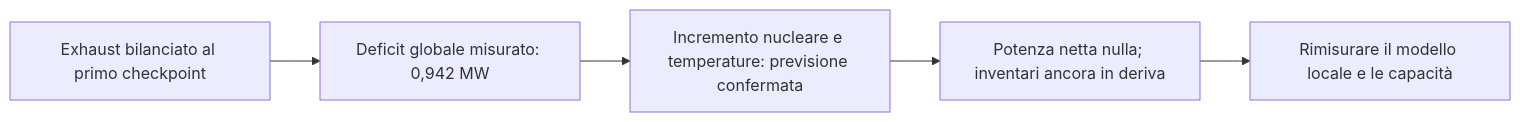
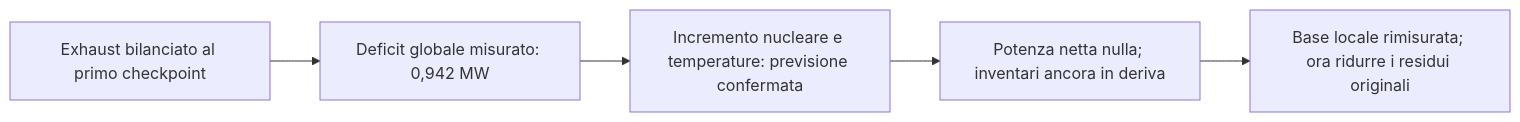
Before and after one commit to archistico/NuclearReactorSimulator: the fourth of 4 diagrams in docs/PROJECT.md, drawn with Mermaid. The commit also changed other lines of this file and 75 other files, not shown here.

````diff
--- a/docs/PROJECT.md
+++ b/docs/PROJECT.md
@@ -468,7 +474,7 @@
 ```mermaid
 flowchart LR
     E["Exhaust bilanciato al primo checkpoint"] --> G["Deficit globale misurato: 0,942 MW"]
     G --> N["Incremento nucleare e temperature: previsione confermata"]
     N --> H["Potenza netta nulla; inventari ancora in deriva"]
-    H --> M["Rimisurare il modello locale e le capacità"]
+    H --> M["Base locale rimisurata; ora ridurre i residui originali"]
 ```
````
